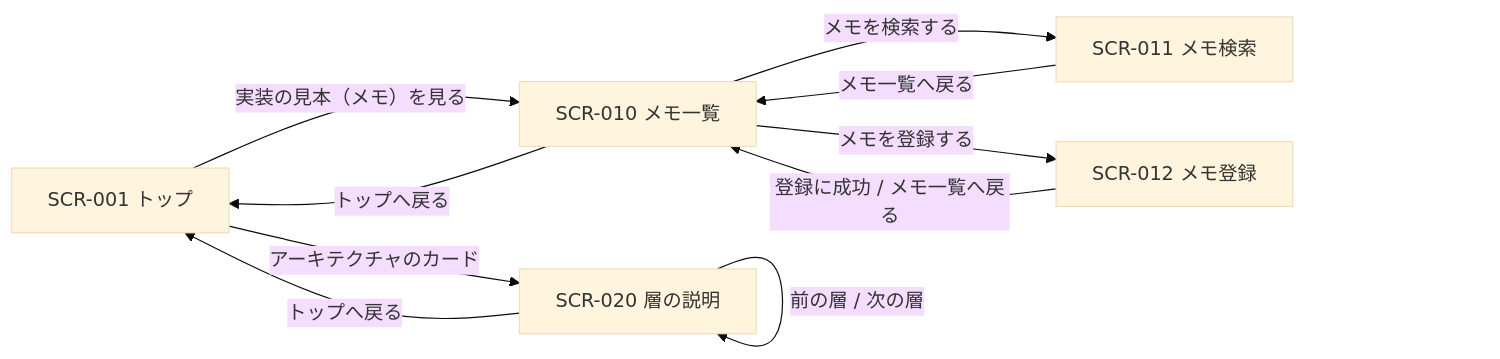
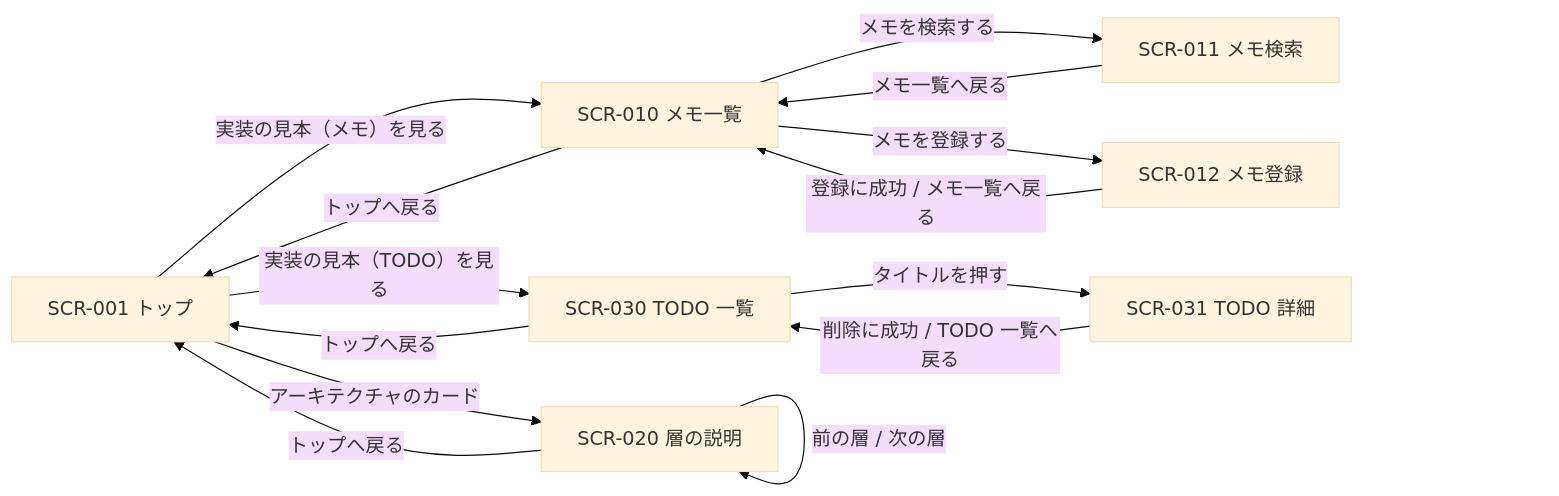
Before and after one commit to m-eiichi/next-dev-env: the diagram in docs/01_全体設計/01_サイトマップ・画面一覧.md, drawn with Mermaid (base theme). The commit also changed other lines of this file and 49 other files, not shown here.

````diff
--- a/docs/01_全体設計/01_サイトマップ・画面一覧.md
+++ b/docs/01_全体設計/01_サイトマップ・画面一覧.md
@@ -41,17 +45,23 @@
 ```mermaid
 flowchart LR
   SCR001["SCR-001 トップ"]
   SCR010["SCR-010 メモ一覧"]
   SCR001 -->|実装の見本（メモ）を見る| SCR010
   SCR010 -->|トップへ戻る| SCR001
   SCR011["SCR-011 メモ検索"]
   SCR010 -->|メモを検索する| SCR011
   SCR011 -->|メモ一覧へ戻る| SCR010
   SCR012["SCR-012 メモ登録"]
   SCR010 -->|メモを登録する| SCR012
   SCR012 -->|登録に成功 / メモ一覧へ戻る| SCR010
+  SCR030["SCR-030 TODO 一覧"]
+  SCR031["SCR-031 TODO 詳細"]
+  SCR001 -->|実装の見本（TODO）を見る| SCR030
+  SCR030 -->|タイトルを押す| SCR031
+  SCR031 -->|削除に成功 / TODO 一覧へ戻る| SCR030
+  SCR030 -->|トップへ戻る| SCR001
   SCR020["SCR-020 層の説明"]
   SCR001 -->|アーキテクチャのカード| SCR020
   SCR020 -->|前の層 / 次の層| SCR020
   SCR020 -->|トップへ戻る| SCR001
 ```
````
